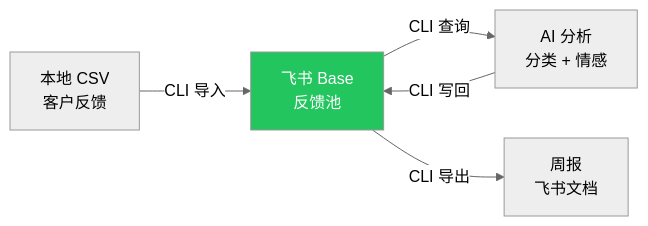
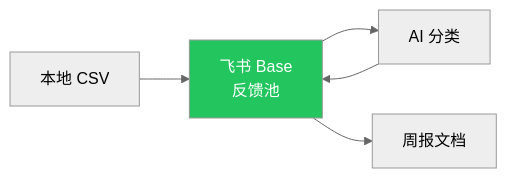
One commit to ymzlsy/wiki changed the tenth of 16 diagrams in lark-cli/index.md. Above: the diagram before and after it, drawn with Mermaid (neutral theme). The commit also changed other lines of this file and 2 other files, not shown here.

First line of the commit message:
feat(lark-cli): rewrite Ch1 vs 智能伙伴/智能体 + shrink mermaid diagrams

````diff
--- a/lark-cli/index.md
+++ b/lark-cli/index.md
@@ -706,9 +744,7 @@
 ```mermaid
 flowchart LR
-    A[本地 CSV<br/>客户反馈] -->|"CLI 导入"| B[飞书 Base<br/>反馈池]
-    B -->|"CLI 查询"| C[AI 分析<br/>分类 + 情感]
-    C -->|"CLI 写回"| B
-    B -->|"CLI 导出"| D[周报<br/>飞书文档]
-
+    A[本地 CSV] --> B[飞书 Base<br/>反馈池]
+    B --> C[AI 分类] --> B
+    B --> D[周报文档]
     style B fill:#22c55e,color:#fff
 ```
````
